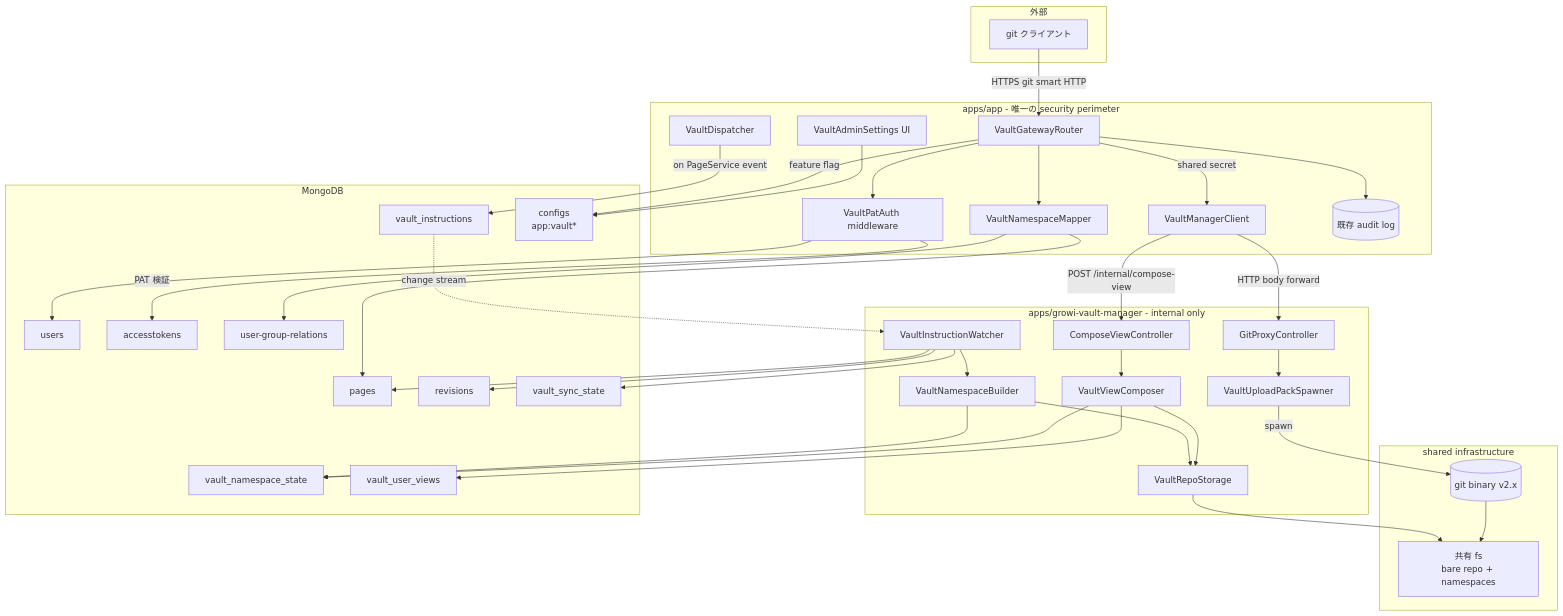
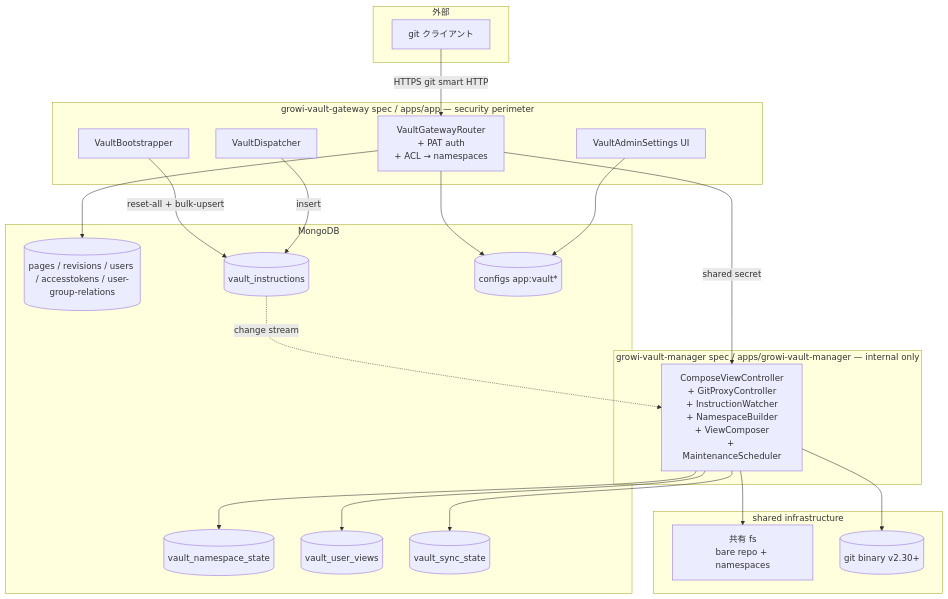
Before and after one commit to growilabs/growi: the diagram in .kiro/specs/growi-vault/design.md, drawn with Mermaid. The commit also changed other lines of this file and 12 other files, not shown here.

Commit message:
3-spec structure (umbrella + gateway + manager) for GROWI Vault

````diff
--- a/.kiro/specs/growi-vault/design.md
+++ b/.kiro/specs/growi-vault/design.md
@@ -115,76 +58,45 @@
 ```mermaid
 graph TB
     subgraph External [外部]
         Cli[git クライアント]
     end
 
-    subgraph AppsApp [apps/app - 唯一の security perimeter]
-        VGate[VaultGatewayRouter]
-        VAuth[VaultPatAuth middleware]
-        VMap[VaultNamespaceMapper]
+    subgraph AppsApp [growi-vault-gateway spec / apps/app — security perimeter]
+        VGate[VaultGatewayRouter<br/>+ PAT auth<br/>+ ACL → namespaces]
         VDisp[VaultDispatcher]
-        VClient[VaultManagerClient]
+        VBoot[VaultBootstrapper]
         VAdmin[VaultAdminSettings UI]
-        AuditLog[(既存 audit log)]
     end
 
-    subgraph VaultMgr [apps/growi-vault-manager - internal only]
-        Compose[ComposeViewController]
-        GitProxy[GitProxyController]
-        Watcher[VaultInstructionWatcher]
-        NsBuilder[VaultNamespaceBuilder]
-        ViewComp[VaultViewComposer]
-        RepoSt[VaultRepoStorage]
-        Spawner[VaultUploadPackSpawner]
+    subgraph VaultMgr [growi-vault-manager spec / apps/growi-vault-manager — internal only]
+        Internal[ComposeViewController<br/>+ GitProxyController<br/>+ InstructionWatcher<br/>+ NamespaceBuilder<br/>+ ViewComposer<br/>+ MaintenanceScheduler]
     end
 
     subgraph Shared [shared infrastructure]
         FS[共有 fs<br/>bare repo + namespaces]
-        GitBin[(git binary v2.x)]
+        GitBin[(git binary v2.30+)]
     end
 
     subgraph Mongo [MongoDB]
-        Pages[pages]
-        Revs[revisions]
-        Users[users]
-        AT[accesstokens]
-        UGR[user-group-relations]
-        Inst[vault_instructions]
-        NsState[vault_namespace_state]
-        UserView[vault_user_views]
-        SyncState[vault_sync_state]
-        Settings[configs<br/>app:vault*]
+        GROWI[(pages / revisions / users / accesstokens / user-group-relations)]
+        Inst[(vault_instructions)]
+        NsState[(vault_namespace_state)]
+        UserView[(vault_user_views)]
+        SyncState[(vault_sync_state)]
+        Settings[(configs app:vault*)]
     end
 
     Cli -->|HTTPS git smart HTTP| VGate
-    VGate --> VAuth
-    VAuth -->|PAT 検証| AT
-    VAuth --> Users
-    VGate --> VMap
-    VMap --> Pages
-    VMap --> UGR
-    VGate -->|shared secret| VClient
-    VClient -->|POST /internal/compose-view| Compose
-    VClient -->|HTTP body forward| GitProxy
-    Compose --> ViewComp
-    ViewComp --> NsState
-    ViewComp --> UserView
-    ViewComp --> RepoSt
-    GitProxy --> Spawner
-    Spawner -->|spawn| GitBin
-    GitBin --> FS
-    RepoSt --> FS
-
-    VDisp -->|on PageService event| Inst
-    Inst -.->|change stream| Watcher
-    Watcher --> Pages
-    Watcher --> Revs
-    Watcher --> NsBuilder
-    NsBuilder --> RepoSt
-    NsBuilder --> NsState
-    Watcher --> SyncState
-
+    VGate --> GROWI
+    VGate -->|shared secret| Internal
+    VDisp -->|insert| Inst
+    VBoot -->|reset-all + bulk-upsert| Inst
+    Inst -.->|change stream| Internal
+    Internal --> NsState
+    Internal --> UserView
+    Internal --> SyncState
+    Internal --> FS
+    Internal --> GitBin
     VAdmin --> Settings
-    VGate -->|feature flag| Settings
-    VGate --> AuditLog
+    VGate --> Settings
 ```
````
